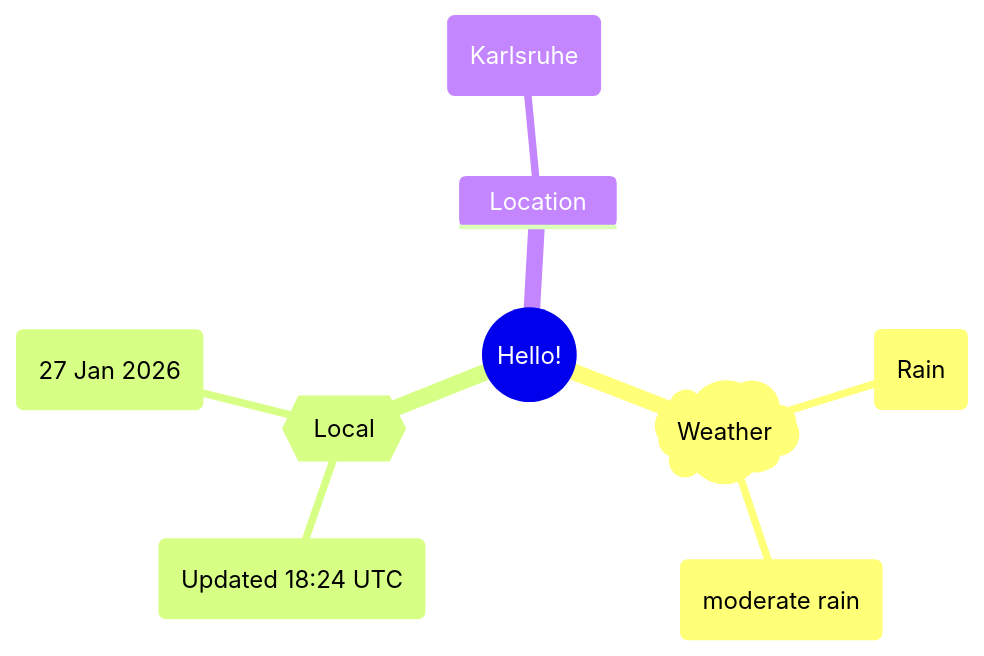
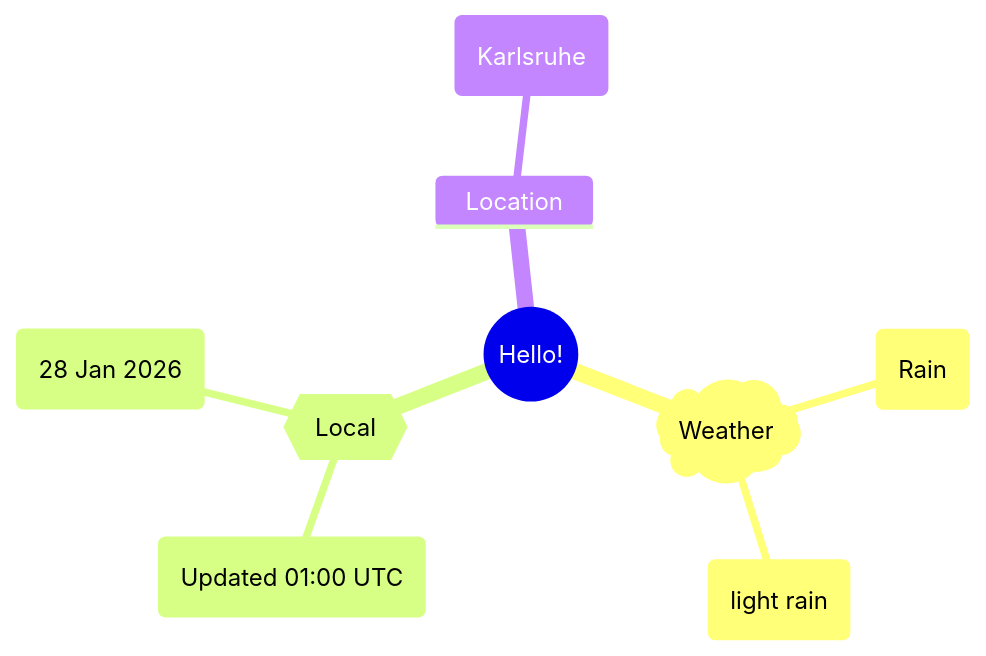
One commit to Xosrov/Xosrov changed the first of 2 diagrams in README.md. Above: the diagram before and after it, drawn with Mermaid.

Commit message:
[bot] updated images

````diff
--- a/README.md
+++ b/README.md
@@ -3,12 +3,12 @@
 ```mermaid
 mindmap
   root((Hello!))
     )Weather(
         (Rain)
-        (moderate rain)
+        (light rain)
     {{Local}}
-        (Updated 18:24 UTC)
-        (27 Jan 2026)
+        (Updated 01:00 UTC)
+        (28 Jan 2026)
     Location
         (Karlsruhe)
 ```
````
